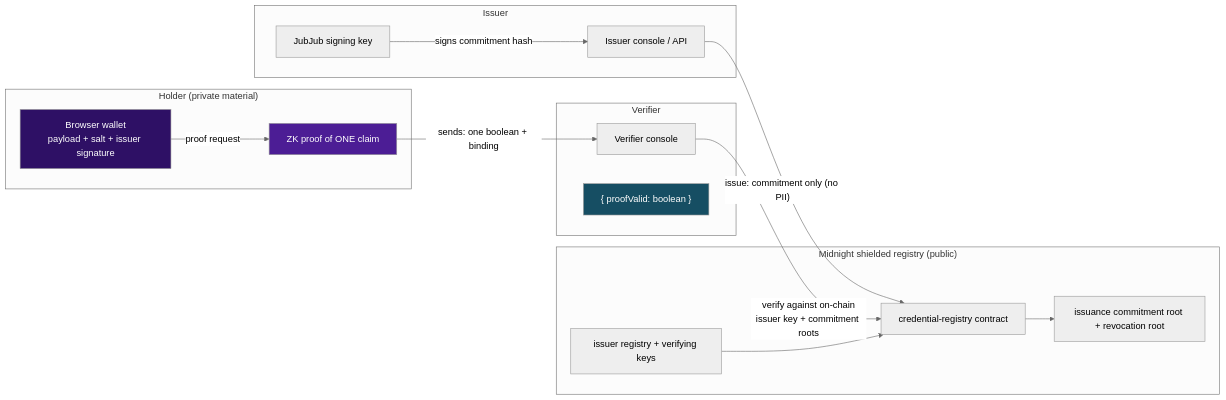
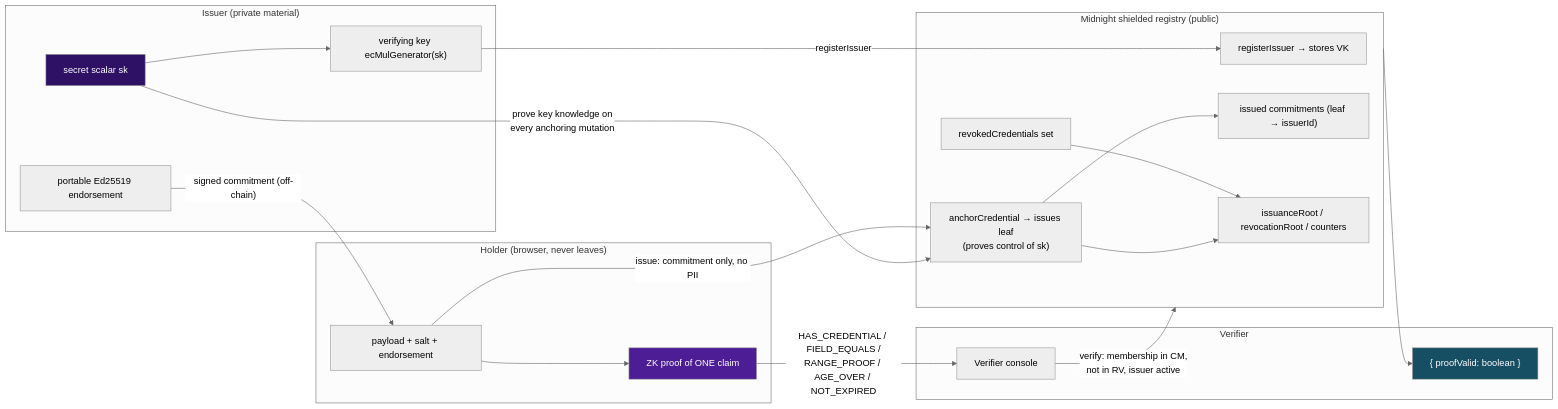
One commit to pratikshakalbhor/ProofKey changed the diagram in README.md. Above: the diagram before and after it, drawn with Mermaid (neutral theme). The commit also changed other lines of this file and 9 other files, not shown here.

````diff
--- a/README.md
+++ b/README.md
@@ -102,35 +129,44 @@
 ```mermaid
 flowchart LR
-    subgraph Private["Holder (private material)"]
-        W["Browser wallet<br/>payload + salt + issuer signature"]
-        P["ZK proof of ONE claim"]
+    subgraph Issuer["Issuer (private material)"]
+        SK["secret scalar sk"]
+        VK["verifying key ecMulGenerator(sk)"]
+        SIG["portable Ed25519 endorsement"]
     end
 
     subgraph Shielded["Midnight shielded registry (public)"]
-        C["credential-registry contract"]
-        IS["issuer registry + verifying keys"]
-        CM["issuance commitment root + revocation root"]
+        LK["registerIssuer → stores VK"]
+        AN["anchorCredential → issues leaf<br/>(proves control of sk)"]
+        CM["issued commitments (leaf → issuerId)"]
+        RV["revokedCredentials set"]
+        ROOT["issuanceRoot / revocationRoot / counters"]
     end
 
-    subgraph Issuer["Issuer"]
-        I["Issuer console / API"]
-        K["JubJub signing key"]
+    subgraph Private["Holder (browser, never leaves)"]
+        P["payload + salt + endorsement"]
+        PROOF["ZK proof of ONE claim"]
     end
 
     subgraph VerifierSide["Verifier"]
         V["Verifier console"]
         OUT["{ proofValid: boolean }"]
     end
 
-    K -- signs commitment hash --> I
-    I -- "issue: commitment only (no PII)" --> C
-    C --> CM
-    W -- "proof request" --> P
-    P -- "sends: one boolean + binding" --> V
-    V -- "verify against on-chain<br/>issuer key + commitment roots" --> C
-    IS --> C
+    SK --> VK
+    VK -- "registerIssuer" --> LK
+    SK -- "prove key knowledge on<br/>every anchoring mutation" --> AN
+    SIG -- "signed commitment (off-chain)" --> P
+    P -- "issue: commitment only, no PII" --> AN
+    AN --> CM
+    AN --> ROOT
+    RV --> ROOT
 
-    style W fill:#2e1065,color:#fff
-    style P fill:#4c1d95,color:#fff
+    P --> PROOF
+    PROOF -- "HAS_CREDENTIAL / FIELD_EQUALS /<br/>RANGE_PROOF / AGE_OVER / NOT_EXPIRED" --> V
+    V -- "verify: membership in CM,<br/>not in RV, issuer active" --> Shielded
+    Shielded --> OUT
+
+    style SK fill:#2e1065,color:#fff
+    style PROOF fill:#4c1d95,color:#fff
     style OUT fill:#164e63,color:#fff
 ```
````
